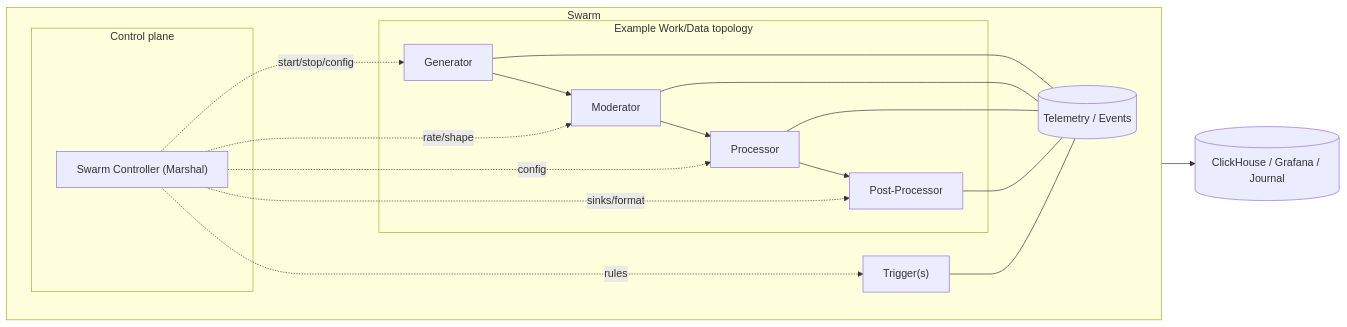
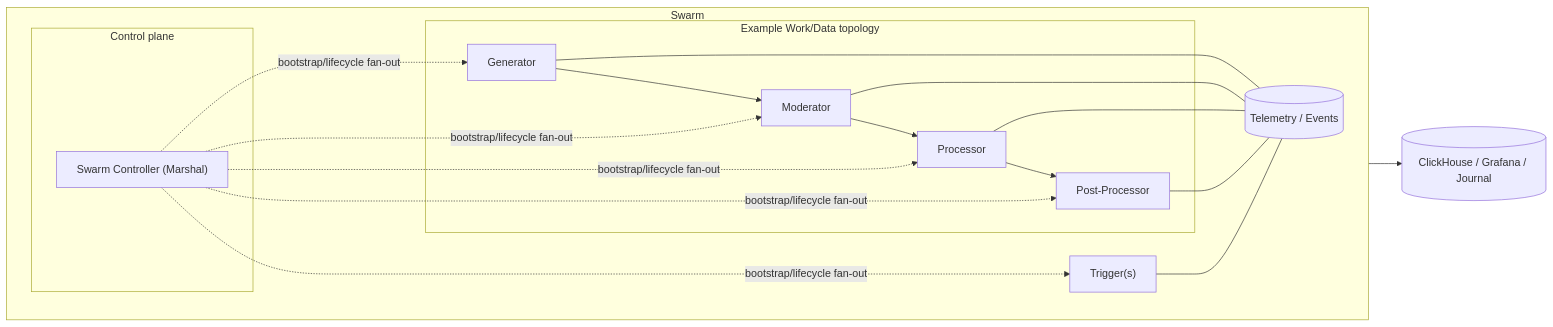
Before and after one commit to sepa79/PocketHive: the second of 3 diagrams in README.md, drawn with Mermaid. The commit also changed other lines of this file and 76 other files, not shown here.

````diff
--- a/README.md
+++ b/README.md
@@ -88,44 +109,44 @@
 ```mermaid
 flowchart LR
   %% Swarm boundary
   subgraph SWARM["Swarm <swarmId>"]
     direction LR
 
     %% Control plane
     subgraph CONTROL["Control plane"]
       MSH["Swarm Controller (Marshal)"]
     end
 
     %% Components
     GEN[Generator]
     MOD[Moderator]
     PRC[Processor]
     PST[Post‑Processor]
     TRG["Trigger(s)"]
 
     %% Work/Data pipeline
     subgraph DATA["Example Work/Data topology"]
       GEN --> MOD --> PRC --> PST
     end
 
     %% Control relationships (dashed)
-    MSH -. start/stop/config .-> GEN
-    MSH -. rate/shape .-> MOD
-    MSH -. config .-> PRC
-    MSH -. sinks/format .-> PST
-    MSH -. rules .-> TRG
+    MSH -. bootstrap/lifecycle fan-out .-> GEN
+    MSH -. bootstrap/lifecycle fan-out .-> MOD
+    MSH -. bootstrap/lifecycle fan-out .-> PRC
+    MSH -. bootstrap/lifecycle fan-out .-> PST
+    MSH -. bootstrap/lifecycle fan-out .-> TRG
 
     %% Telemetry fan‑in
     TELE[(Telemetry / Events)]
     GEN --- TELE
     MOD --- TELE
     PRC --- TELE
     PST --- TELE
     TRG --- TELE
   end
 
   %% External observers
   OBS[(ClickHouse / Grafana / Journal)]
 
   TELE --> OBS
 ```
````
